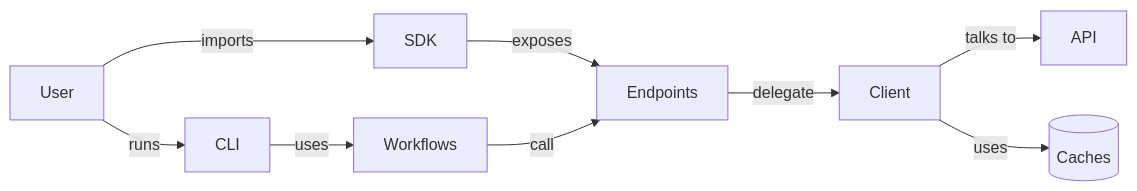
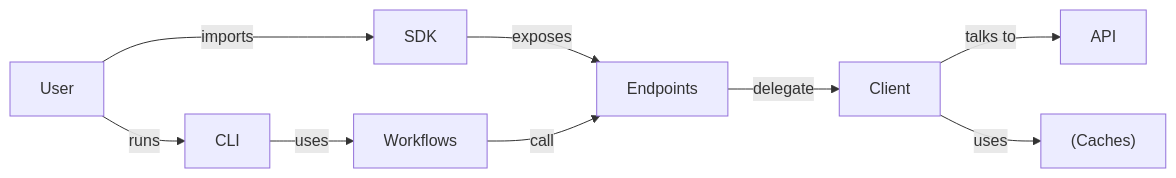
Before and after one commit to fderuiter/imednet-python-sdk: the second of 3 diagrams in docs/architecture.rst, drawn with Mermaid. The commit also changed other lines of this file and 2 other files, not shown here.

Commit message:
Fix failing tests in the test suite
This commit addresses three separate test failures that were occurring in the project's test suite.

- In `tests/test_mermaid_diagrams.py`, the test `test_no_unquoted_parentheses_in_mermaid_blocks` was failing due to unquoted parentheses in mermaid diagrams in `docs/architecture.rst`. The labels have been updated to use quotes to resolve this.

- In `tests/unit/test_airflow_operators.py`, the test `test_job_sensor` was failing with an `ImportError` when reloading modules. The unnecessary `importlib.reload()` calls have been removed to fix the issue.

- In `tests/unit/test_airflow_integration.py`, the test `test_export_operator_calls_helper` was failing due to a test isolation problem. The real `ImednetHook` was being used instead of the mock, causing a `ValueError`. This was resolved by unloading the `imednet.integrations.airflow` module from `sys.modules` at the beginning of the test to ensure a fresh import and correct application of the mock.

```diff
--- a/docs/architecture.rst
+++ b/docs/architecture.rst
@@ -66,11 +66,11 @@
 .. mermaid::
 
    graph LR
        User --> |runs| CLI
        User --> |imports| SDK
        CLI --> |uses| Workflows
        SDK --> |exposes| Endpoints
        Workflows --> |call| Endpoints
        Endpoints --> |delegate| Client
        Client --> |talks to| API
-       Client --> |uses| Cache[(Caches)]
+       Client --> |uses| Cache["(Caches)"]
```
